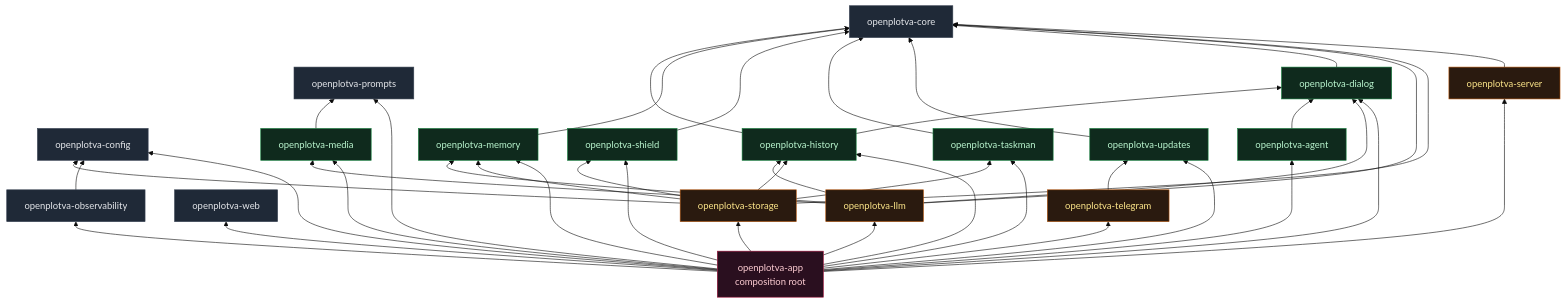
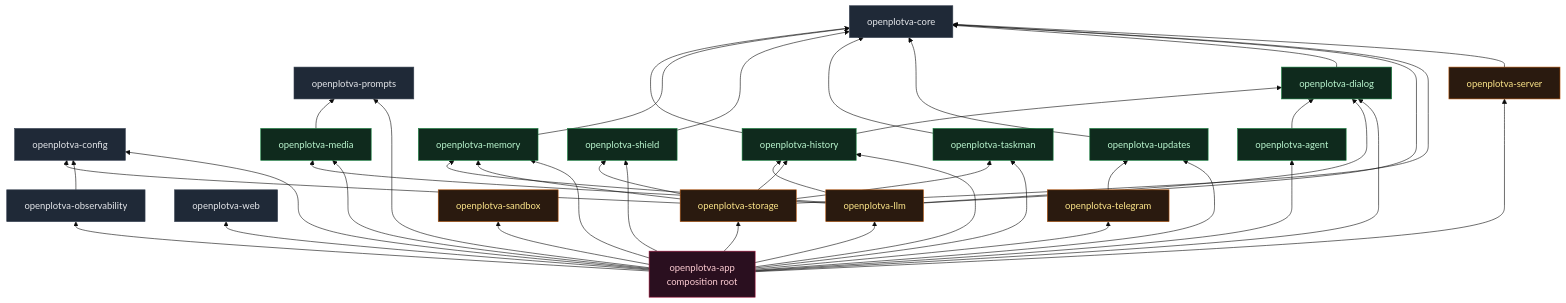
Before and after one commit to iamwavecut/openplotva: the second of 6 diagrams in docs/CODEBASE_MAP.md, drawn with Mermaid (base theme). The commit also changed other lines of this file and 39 other files, not shown here.

First line of the commit message:
Add a run_python dialog tool backed by an nsjail sandbox

````diff
--- a/docs/CODEBASE_MAP.md
+++ b/docs/CODEBASE_MAP.md
@@ -138,51 +138,52 @@
 ```mermaid
 graph BT
     core[openplotva-core]:::leaf
     prompts[openplotva-prompts]:::leaf
     obs[openplotva-observability]:::leaf
     config[openplotva-config]:::leaf
     web[openplotva-web]:::leaf
     shield[openplotva-shield]:::domain
     history[openplotva-history]:::domain
     memory[openplotva-memory]:::domain
     media[openplotva-media]:::domain
     taskman[openplotva-taskman]:::domain
     updates[openplotva-updates]:::domain
     dialog[openplotva-dialog]:::domain
     agent[openplotva-agent]:::domain
     telegram[openplotva-telegram]:::integration
     llm[openplotva-llm]:::integration
     storage[openplotva-storage]:::integration
     server[openplotva-server]:::integration
+    sandbox[openplotva-sandbox]:::integration
     app[openplotva-app<br/>composition root]:::root
 
     history --> core
     history --> dialog
     memory --> core
     shield --> core
     media --> prompts
     taskman --> core
     updates --> core
     dialog --> core
     agent --> dialog
     telegram --> updates
     llm --> core
     llm --> dialog
     llm --> history
     llm --> media
     llm --> memory
     storage --> core
     storage --> config
     storage --> history
     storage --> memory
     storage --> shield
     storage --> taskman
     server --> core
     obs --> config
-    app --> telegram & llm & storage & server & dialog & agent & memory & history & media & shield & taskman & updates & config & obs & prompts & web
+    app --> telegram & llm & storage & server & dialog & agent & memory & history & media & shield & taskman & updates & config & obs & prompts & web & sandbox
 
     classDef leaf fill:#1f2937,stroke:#374151,color:#e5e7eb
     classDef domain fill:#0f2a1d,stroke:#15803d,color:#bbf7d0
     classDef integration fill:#2a1a0f,stroke:#b45309,color:#fde68a
     classDef root fill:#2a0f1f,stroke:#9f1239,color:#fecdd3
 ```
````
